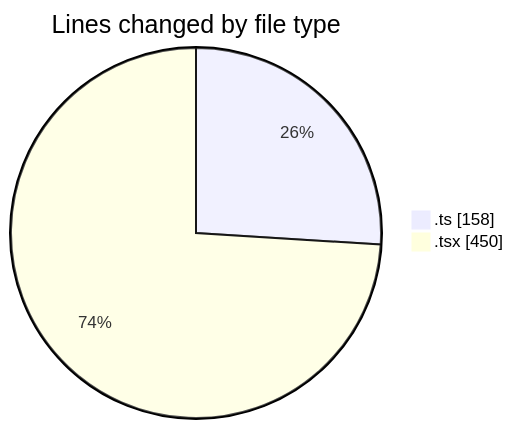
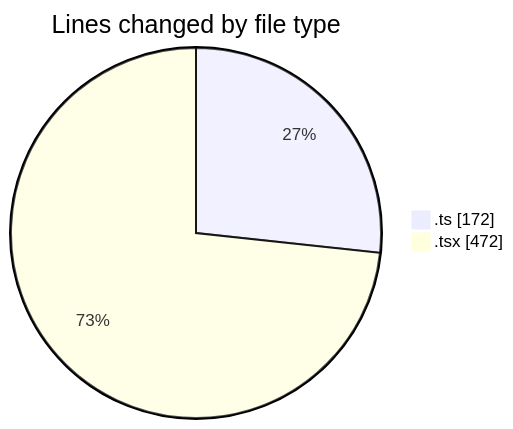
Before and after one commit to momahboobian/code-tracking: the first of 2 diagrams in 2025-12-02/cda/README.md, drawn with Mermaid. The commit also changed other lines of this file and 1 other file, not shown here.

````diff
--- a/2025-12-02/cda/README.md
+++ b/2025-12-02/cda/README.md
@@ -23,6 +23,6 @@
 ```mermaid
 pie showData
 title Lines changed by file type
-".ts" : 158
-".tsx" : 450
+".ts" : 172
+".tsx" : 472
 ```
````
